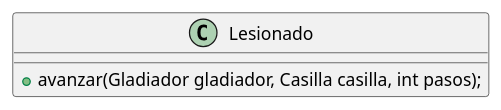
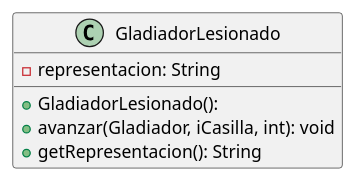
One commit to mcumskov/Algo3_tp2 changed the diagram in diagrams/clases/estado/clase_lesionado.plantuml. Above: the diagram before and after it, drawn with PlantUML. The commit also changed 19 other files, not shown here.

Commit message:
actualizo diagramas

```diff
--- a/diagrams/clases/estado/clase_lesionado.plantuml
+++ b/diagrams/clases/estado/clase_lesionado.plantuml
@@ -1,5 +1,12 @@
 @startuml
-class Lesionado {
-    + avanzar(Gladiador gladiador, Casilla casilla, int pasos);
+
+skinparam linetype ortho
+
+class GladiadorLesionado {
+  + GladiadorLesionado():
+  - representacion: String
+  + avanzar(Gladiador, iCasilla, int): void
+  + getRepresentacion(): String
 }
+
 @enduml
```
